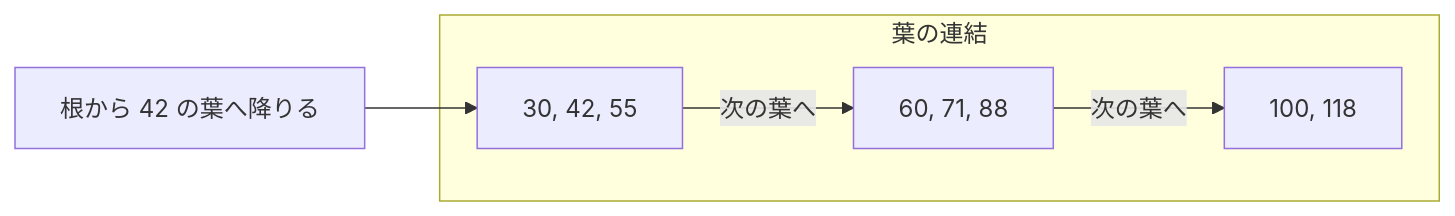
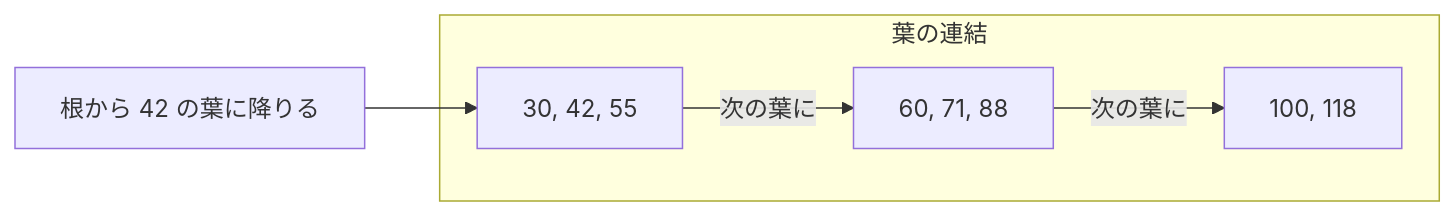
Before and after one commit to nao1215/debimate: the eighth of 8 diagrams in content/notes/database-systems/b-tree/index.md, drawn with Mermaid. The commit also changed other lines of this file and 46 other files, not shown here.

````diff
--- a/content/notes/database-systems/b-tree/index.md
+++ b/content/notes/database-systems/b-tree/index.md
@@ -250,7 +250,7 @@
 ```mermaid
 flowchart LR
-    R["根から 42 の葉へ降りる"] --> A
+    R["根から 42 の葉に降りる"] --> A
     subgraph LEAVES["葉の連結"]
-        A["30, 42, 55"] -->|"次の葉へ"| B["60, 71, 88"] -->|"次の葉へ"| C["100, 118"]
+        A["30, 42, 55"] -->|"次の葉に"| B["60, 71, 88"] -->|"次の葉に"| C["100, 118"]
     end
 ```
````
